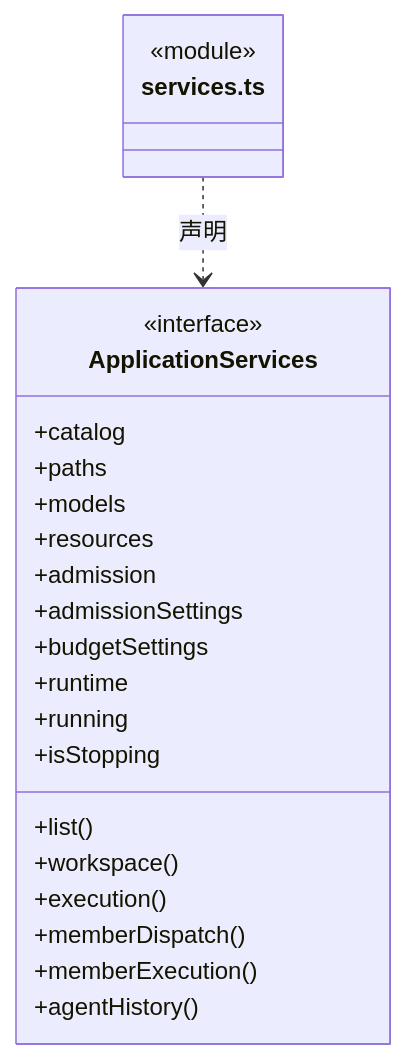
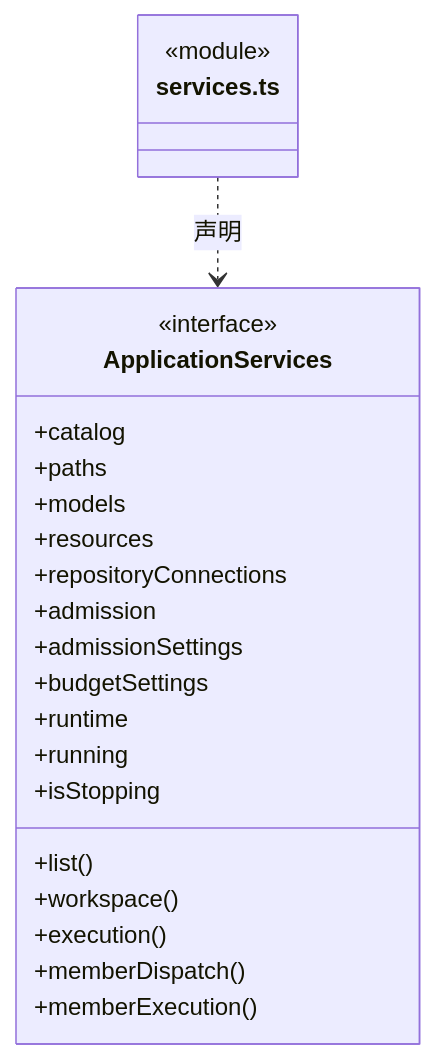
Before and after one commit to nan023062/cbim: the second of 4 diagrams in src/backend/main/ipc/ARCHITECTURE.md, drawn with Mermaid. The commit also changed other lines of this file and 49 other files, not shown here.

````diff
--- a/src/backend/main/ipc/ARCHITECTURE.md
+++ b/src/backend/main/ipc/ARCHITECTURE.md
@@ -34,26 +34,26 @@
 ```mermaid
 classDiagram
 class N_src_backend_main_ipc_services_ts["services.ts"] {
   <<module>>
 }
 class N_src_backend_main_ipc_services_ts_ApplicationServices["ApplicationServices"] {
   <<interface>>
   +catalog
   +paths
   +models
   +resources
+  +repositoryConnections
   +admission
   +admissionSettings
   +budgetSettings
   +runtime
   +running
   +isStopping
   +list()
   +workspace()
   +execution()
   +memberDispatch()
   +memberExecution()
-  +agentHistory()
 }
 N_src_backend_main_ipc_services_ts ..> N_src_backend_main_ipc_services_ts_ApplicationServices : 声明
 ```
````
